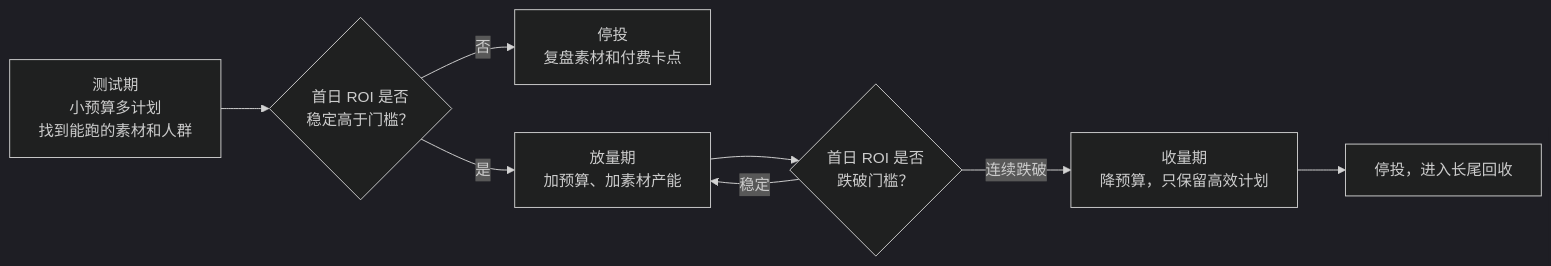
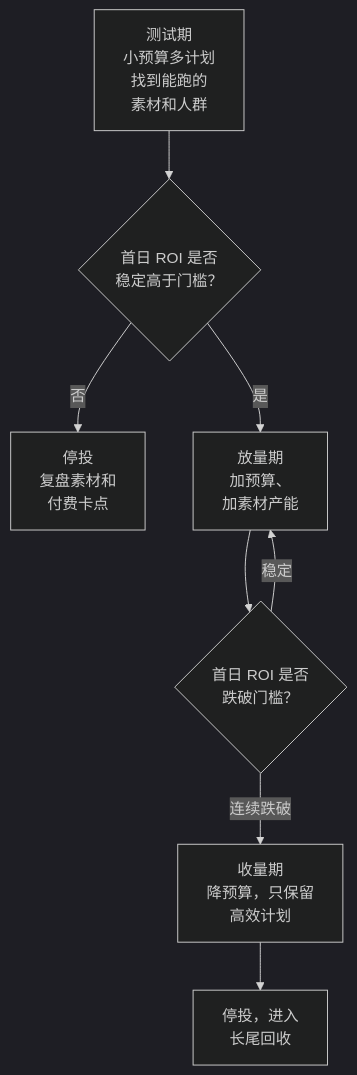
Before and after one commit to jarvis-pro/hatch-shelf: the diagram in books/drama-distribution/07-paid-traffic-roi.md, drawn with Mermaid (dark theme). The commit also changed other lines of this file and 432 other files, not shown here.

````diff
--- a/books/drama-distribution/07-paid-traffic-roi.md
+++ b/books/drama-distribution/07-paid-traffic-roi.md
@@ -187,10 +195,10 @@
 ```mermaid
-flowchart LR
-  A["测试期<br/>小预算多计划<br/>找到能跑的素材和人群"] --> B{"首日 ROI 是否<br/>稳定高于门槛？"}
-  B -- "否" --> C["停投<br/>复盘素材和付费卡点"]
-  B -- "是" --> D["放量期<br/>加预算、加素材产能"]
+flowchart TD
+  A["测试期<br/>小预算多计划<br/>找到能跑的<br/>素材和人群"] --> B{"首日 ROI 是否<br/>稳定高于门槛？"}
+  B -- "否" --> C["停投<br/>复盘素材和<br/>付费卡点"]
+  B -- "是" --> D["放量期<br/>加预算、<br/>加素材产能"]
   D --> E{"首日 ROI 是否<br/>跌破门槛？"}
-  E -- "连续跌破" --> F["收量期<br/>降预算，只保留高效计划"]
+  E -- "连续跌破" --> F["收量期<br/>降预算，只保留<br/>高效计划"]
   E -- "稳定" --> D
-  F --> G["停投，进入长尾回收"]
+  F --> G["停投，进入<br/>长尾回收"]
 ```
````
